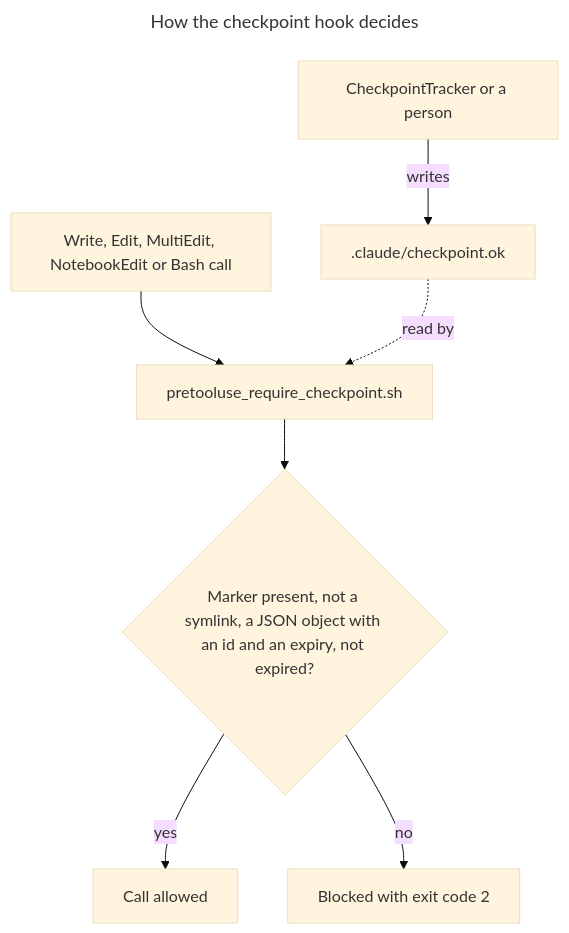
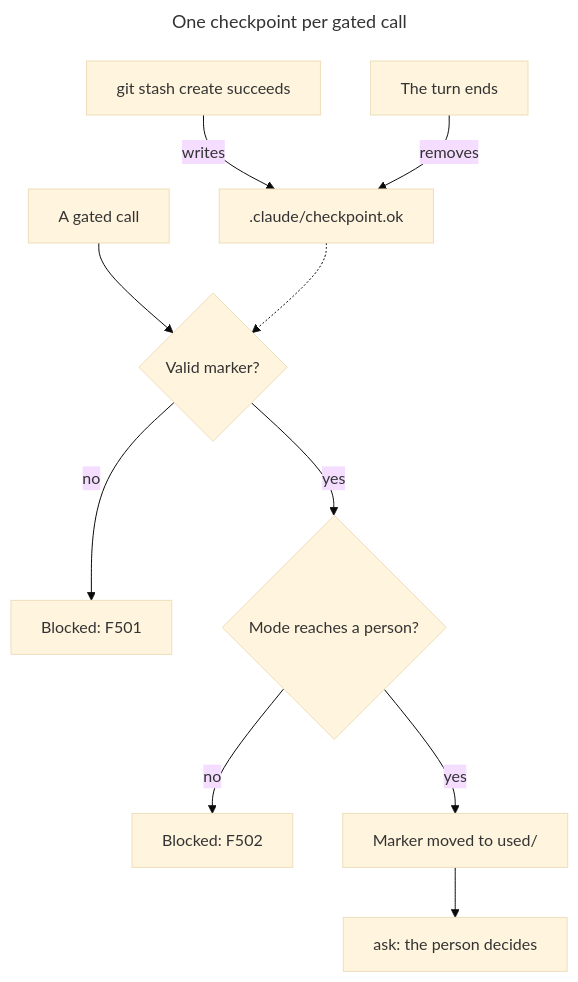
One commit to synaptiai/agent-capability-standard changed the second of 3 diagrams in hooks/README.md. Above: the diagram before and after it, drawn with Mermaid (base theme). The commit also changed other lines of this file and 24 other files, not shown here.

First line of the commit message:
feat(hooks): one checkpoint marker per gated call, approval asks, R407

````diff
--- a/hooks/README.md
+++ b/hooks/README.md
@@ -119,13 +189,16 @@
 ```mermaid
 ---
-title: How the checkpoint hook decides
+title: One checkpoint per gated call
 ---
 flowchart TB
-  accDescr: CheckpointTracker or a person writes the marker file outside the gated tools; on every Write, Edit, MultiEdit, NotebookEdit or Bash call the hook allows the call only when the marker is present, is not a symlink, is a JSON object with an id and an expiry, and has not expired, and otherwise blocks with exit code 2.
-  w[CheckpointTracker or a person] -->|writes| m[".claude/checkpoint.ok"]
-  call["Write, Edit, MultiEdit, NotebookEdit or Bash call"] --> h[pretooluse_require_checkpoint.sh]
-  m -.->|read by| h
-  h --> q{"Marker present, not a symlink, a JSON object with an id and an expiry, not expired?"}
-  q -->|yes| ok[Call allowed]
-  q -->|no| no[Blocked with exit code 2]
+  accDescr: A successful git stash create writes the marker; a gated call that finds a valid marker in a mode that reaches a person moves it into the used directory and asks for approval; without a valid marker it is blocked with F501; the end of a turn removes the marker.
+  s["git stash create succeeds"] -->|writes| m[".claude/checkpoint.ok"]
+  c["A gated call"] --> q{"Valid marker?"}
+  m -.-> q
+  q -->|no| f501["Blocked: F501"]
+  q -->|yes| mode{"Mode reaches a person?"}
+  mode -->|no| f502["Blocked: F502"]
+  mode -->|yes| used["Marker moved to used/"]
+  used --> ask["ask: the person decides"]
+  stop["The turn ends"] -->|removes| m
 ```
````
